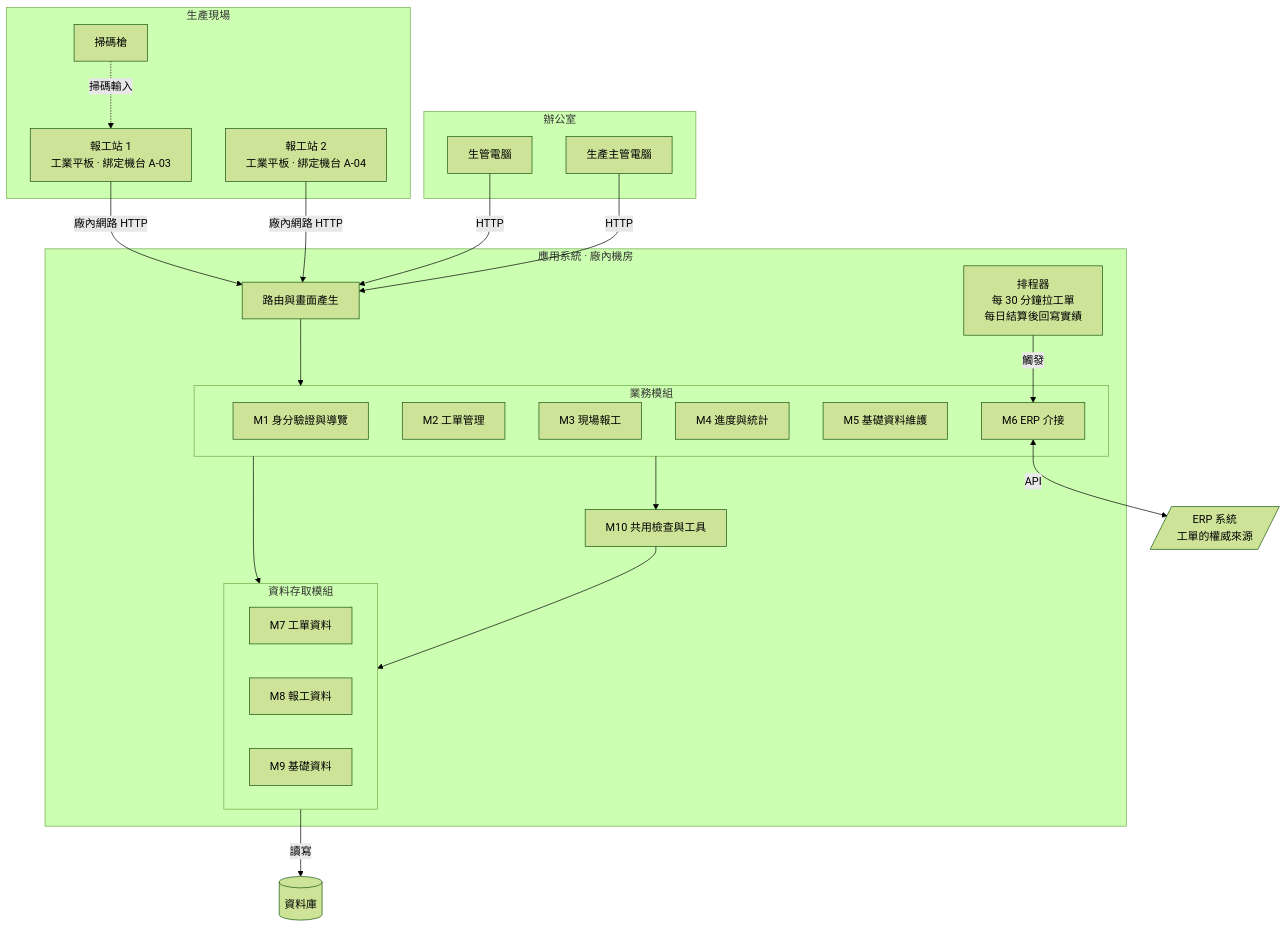
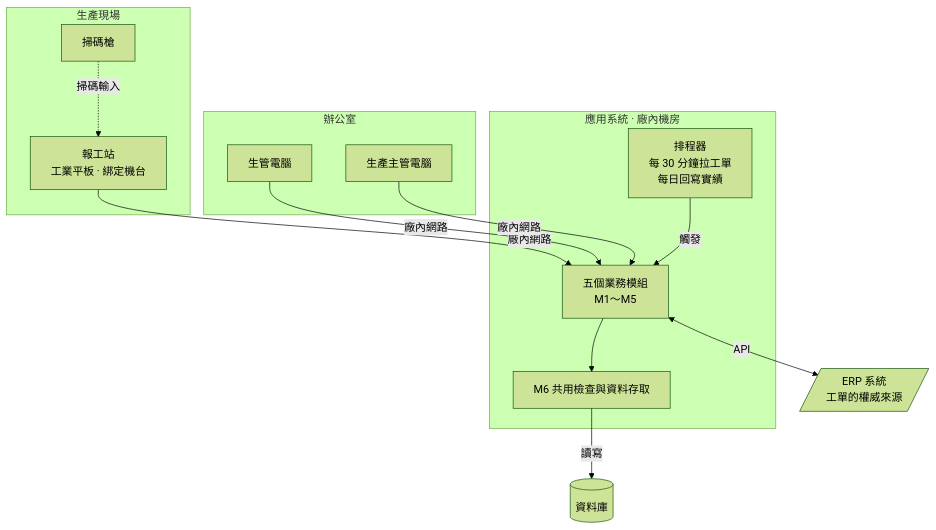
Before and after one commit to billy1125/system-analysis-and-design: the eighth of 8 diagrams in 03-example-reports/Design-Phase-Sample-Report.md, drawn with Mermaid (forest theme). The commit also changed other lines of this file and 1 other file, not shown here.

````diff
--- a/03-example-reports/Design-Phase-Sample-Report.md
+++ b/03-example-reports/Design-Phase-Sample-Report.md
@@ -1079,48 +744,30 @@
 ```mermaid
 flowchart TB
     subgraph SHOPFLOOR[生產現場]
-        T1[報工站 1<br/>工業平板 · 綁定機台 A-03]
-        T2[報工站 2<br/>工業平板 · 綁定機台 A-04]
+        T1[報工站<br/>工業平板 · 綁定機台]
         SC[掃碼槍]
     end
 
     subgraph OFFICE[辦公室]
         O1[生管電腦]
         O2[生產主管電腦]
     end
 
     subgraph APP[應用系統 · 廠內機房]
-        R[路由與畫面產生]
-        subgraph BIZ[業務模組]
-            M1[M1 身分驗證與導覽]
-            M2[M2 工單管理]
-            M3[M3 現場報工]
-            M4[M4 進度與統計]
-            M5[M5 基礎資料維護]
-            M6[M6 ERP 介接]
-        end
-        M10[M10 共用檢查與工具]
-        subgraph DAL[資料存取模組]
-            M7[M7 工單資料]
-            M8[M8 報工資料]
-            M9[M9 基礎資料]
-        end
-        SCH[排程器<br/>每 30 分鐘拉工單<br/>每日結算後回寫實績]
+        BIZ[五個業務模組<br/>M1～M5]
+        M6[M6 共用檢查與資料存取]
+        SCH[排程器<br/>每 30 分鐘拉工單<br/>每日回寫實績]
     end
 
     DB[(資料庫)]
     ERP[/ERP 系統<br/>工單的權威來源/]
 
     SC -.掃碼輸入.-> T1
-    T1 -->|廠內網路 HTTP| R
-    T2 -->|廠內網路 HTTP| R
-    O1 -->|HTTP| R
-    O2 -->|HTTP| R
-    R --> BIZ
-    BIZ --> M10
-    BIZ --> DAL
-    M10 --> DAL
-    DAL -->|讀寫| DB
-    SCH -->|觸發| M6
-    M6 <-->|API| ERP
+    T1 -->|廠內網路| BIZ
+    O1 -->|廠內網路| BIZ
+    O2 -->|廠內網路| BIZ
+    BIZ --> M6
+    M6 -->|讀寫| DB
+    SCH -->|觸發| BIZ
+    BIZ <-->|API| ERP
 ```
````
